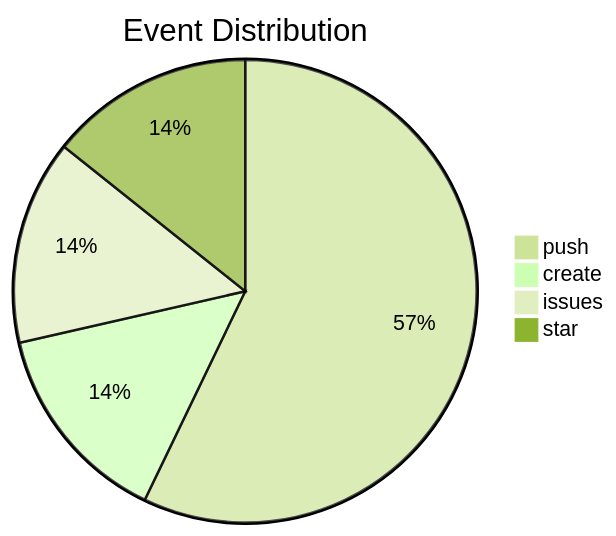
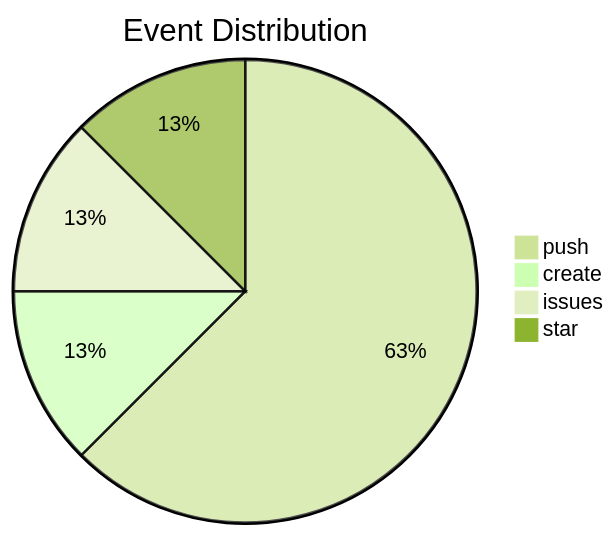
One commit to lunarshe11/lunarshe11 changed the second of 3 diagrams in README.md. Above: the diagram before and after it, drawn with Mermaid (forest theme). The commit also changed other lines of this file, not shown here.

````diff
--- a/README.md
+++ b/README.md
@@ -30,7 +30,7 @@
 ```mermaid
 pie title Event Distribution
-    "push" : 4
+    "push" : 5
     "create" : 1
     "issues" : 1
     "star" : 1
 ```
````
